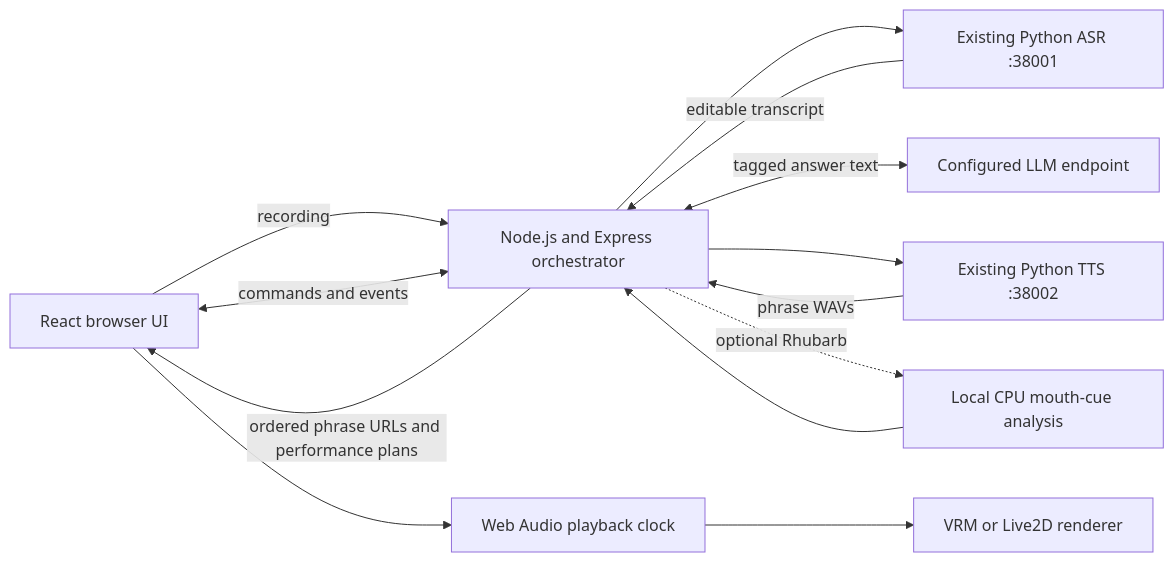
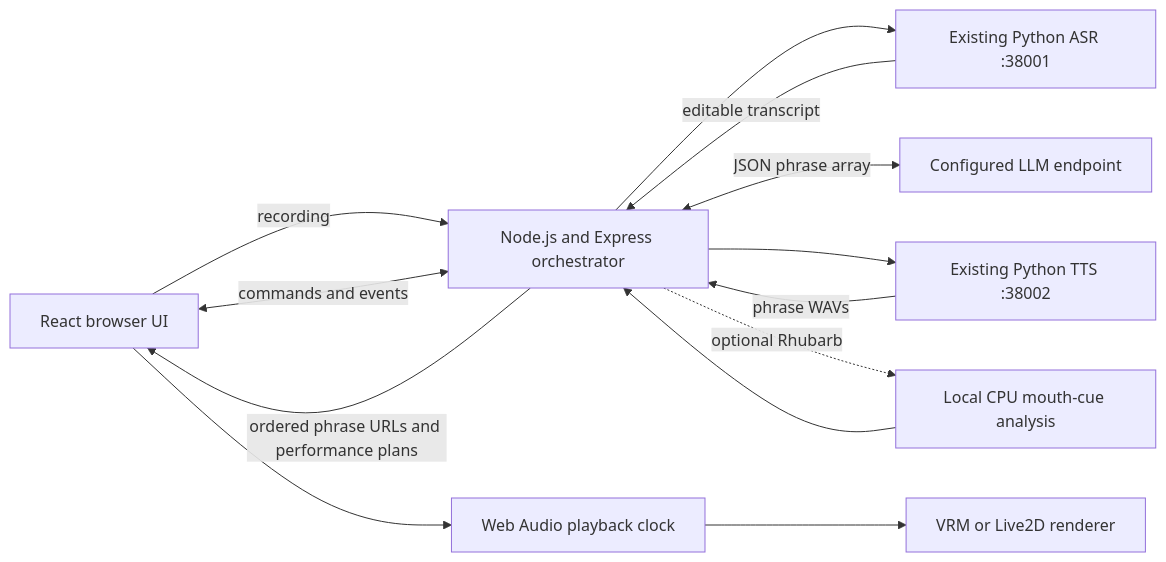
One commit to VansonLeung/digital-human-collections changed the diagram in codes/v1/digital_human_chatbot_any/IMPLEMENTATION.md. Above: the diagram before and after it, drawn with Mermaid. The commit also changed other lines of this file and 56 other files, not shown here.

````diff
--- a/codes/v1/digital_human_chatbot_any/IMPLEMENTATION.md
+++ b/codes/v1/digital_human_chatbot_any/IMPLEMENTATION.md
@@ -21,15 +21,15 @@
 ```mermaid
 flowchart LR
     UI[React browser UI] -->|recording| API[Node.js and Express orchestrator]
     API --> ASR[Existing Python ASR :38001]
     ASR -->|editable transcript| API
     UI <-->|commands and events| API
-    API <-->|tagged answer text| LLM[Configured LLM endpoint]
+    API <-->|JSON phrase array| LLM[Configured LLM endpoint]
     API --> TTS[Existing Python TTS :38002]
     TTS -->|phrase WAVs| API
     API -. optional Rhubarb .-> CUES[Local CPU mouth-cue analysis]
     API -->|ordered phrase URLs and performance plans| UI
     CUES --> API
     UI --> AUDIO[Web Audio playback clock]
     AUDIO --> AVATAR[VRM or Live2D renderer]
 ```
````
